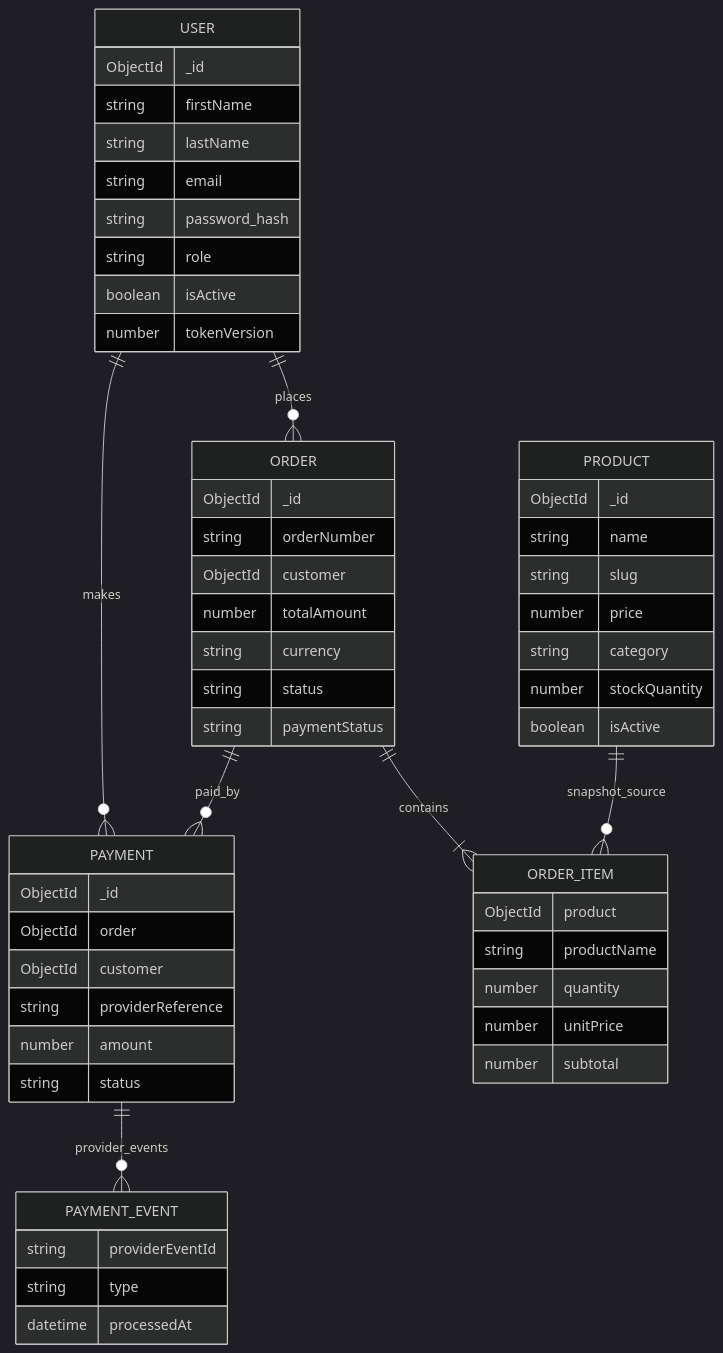
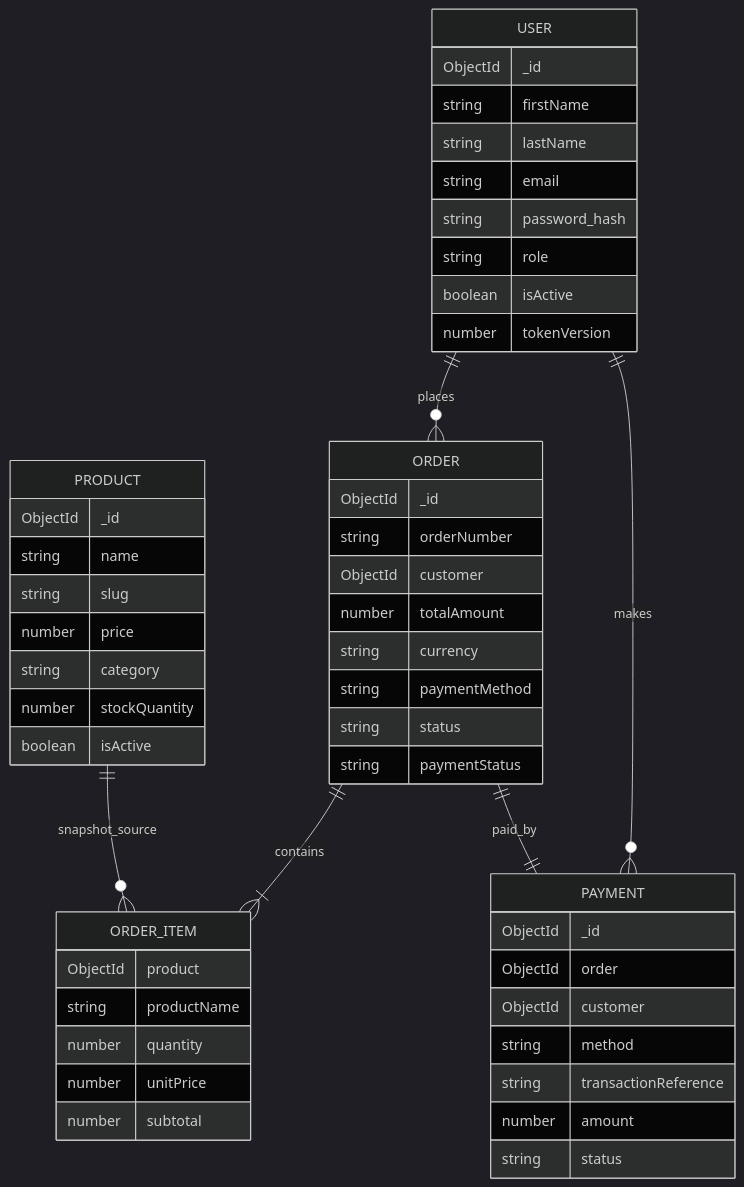
The diagram in Backend/docs/data-model.md (Muhammad-Waqar022/Fyp), drawn with Mermaid (dark theme) before and after one commit. The commit also changed 19 other files, not shown here.

Commit message:
feat: enhance order and payment processing with manual payment options

````diff
--- a/Backend/docs/data-model.md
+++ b/Backend/docs/data-model.md
@@ -3,58 +3,54 @@
 ```mermaid
 erDiagram
     USER ||--o{ ORDER : places
     USER ||--o{ PAYMENT : makes
     ORDER ||--|{ ORDER_ITEM : contains
-    ORDER ||--o{ PAYMENT : paid_by
+    ORDER ||--|| PAYMENT : paid_by
     PRODUCT ||--o{ ORDER_ITEM : snapshot_source
-    PAYMENT ||--o{ PAYMENT_EVENT : provider_events
 
     USER {
         ObjectId _id
         string firstName
         string lastName
         string email
         string password_hash
         string role
         boolean isActive
         number tokenVersion
     }
     PRODUCT {
         ObjectId _id
         string name
         string slug
         number price
         string category
         number stockQuantity
         boolean isActive
     }
     ORDER {
         ObjectId _id
         string orderNumber
         ObjectId customer
         number totalAmount
         string currency
+        string paymentMethod
         string status
         string paymentStatus
     }
     ORDER_ITEM {
         ObjectId product
         string productName
         number quantity
         number unitPrice
         number subtotal
     }
     PAYMENT {
         ObjectId _id
         ObjectId order
         ObjectId customer
-        string providerReference
+        string method
+        string transactionReference
         number amount
         string status
     }
-    PAYMENT_EVENT {
-        string providerEventId
-        string type
-        datetime processedAt
-    }
 ```
````
